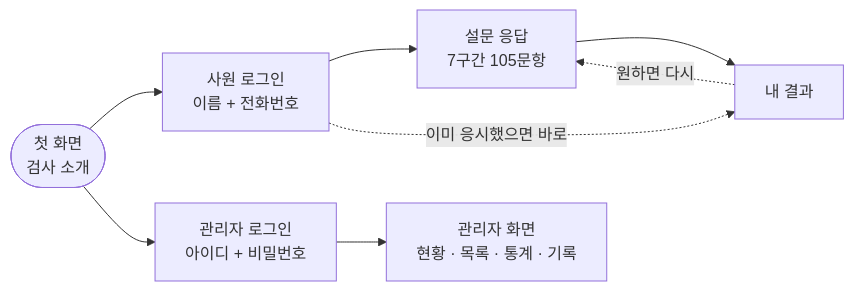
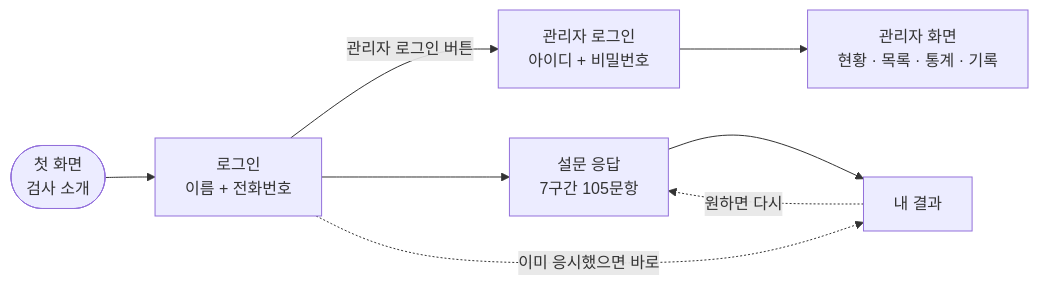
Before and after one commit to Kodol05/survey-design-docs: the first of 6 diagrams in docs/05_시스템_보고서.md, drawn with Mermaid. The commit also changed other lines of this file and 2 other files, not shown here.

First line of the commit message:
사원·관리자 화면 흐름도 통합 + 관리자 진입을 로그인 화면 버튼으로

````diff
--- a/docs/05_시스템_보고서.md
+++ b/docs/05_시스템_보고서.md
@@ -21,12 +21,12 @@
 ```mermaid
 flowchart LR
-  home(["첫 화면<br/>검사 소개"]) --> emp["사원 로그인<br/>이름 + 전화번호"]
-  home --> adm["관리자 로그인<br/>아이디 + 비밀번호"]
+  home(["첫 화면<br/>검사 소개"]) --> login["로그인<br/>이름 + 전화번호"]
+  login -->|"관리자 로그인 버튼"| alogin["관리자 로그인<br/>아이디 + 비밀번호"]
 
-  emp --> survey["설문 응답<br/>7구간 105문항"]
-  survey --> myres["내 결과"]
-  emp -.->|"이미 응시했으면 바로"| myres
-  myres -.->|"원하면 다시"| survey
+  login --> test["설문 응답<br/>7구간 105문항"]
+  test --> result["내 결과"]
+  login -.->|"이미 응시했으면 바로"| result
+  result -.->|"원하면 다시"| test
 
-  adm --> admin["관리자 화면<br/>현황 · 목록 · 통계 · 기록"]
+  alogin --> admin["관리자 화면<br/>현황 · 목록 · 통계 · 기록"]
 ```
````
